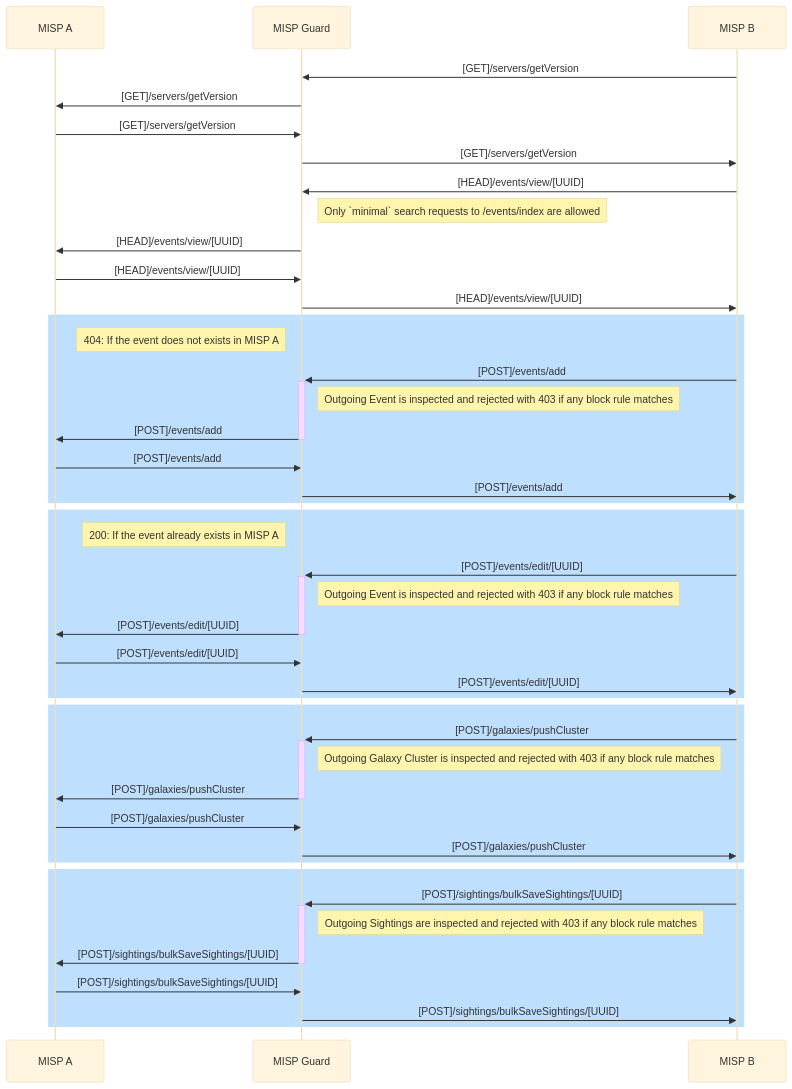
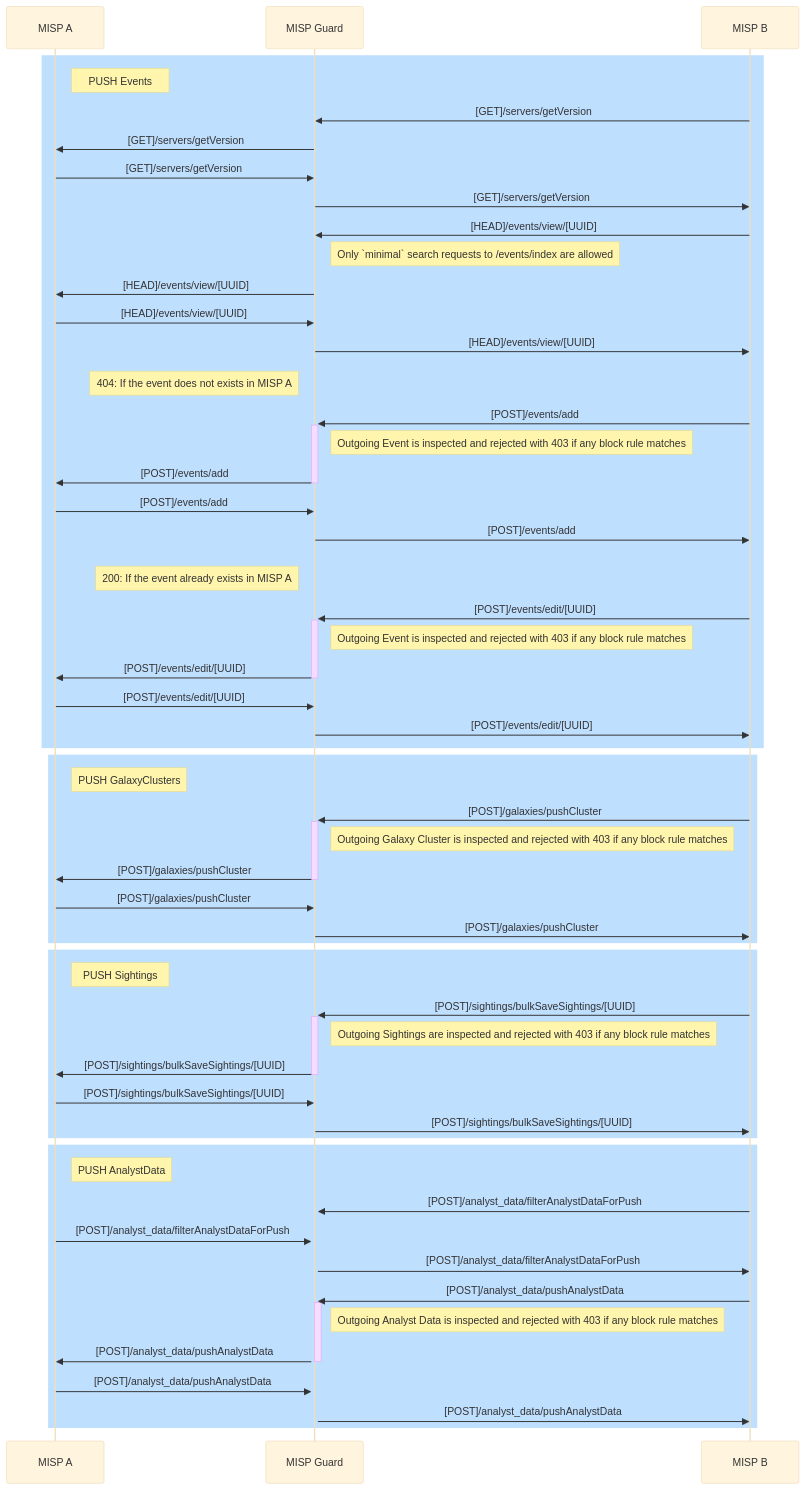
One commit to MISP/misp-guard changed the first of 2 diagrams in README.md. Above: the diagram before and after it, drawn with Mermaid (base theme). The commit also changed other lines of this file, not shown here.

Commit message:
update sequence diagram

````diff
--- a/README.md
+++ b/README.md
@@ -7,51 +7,70 @@
 ```mermaid
 sequenceDiagram
     participant MISP A 
     participant MISP Guard
     participant MISP B
+
+    rect rgb(191, 223, 255)
+    note right of MISP A: PUSH Events 
 
     MISP B->>MISP Guard: [GET]/servers/getVersion
     MISP Guard->>MISP A: [GET]/servers/getVersion
     MISP A->>MISP Guard: [GET]/servers/getVersion
     MISP Guard->>MISP B: [GET]/servers/getVersion
     
     MISP B->>MISP Guard: [HEAD]/events/view/[UUID]
     note right of MISP Guard: Only `minimal` search requests to /events/index are allowed
     MISP Guard->>MISP A: [HEAD]/events/view/[UUID]
     MISP A->>MISP Guard: [HEAD]/events/view/[UUID]
     MISP Guard->>MISP B: [HEAD]/events/view/[UUID]
     
     rect rgb(191, 223, 255)
     note left of MISP Guard: 404: If the event does not exists in MISP A
     MISP B->>+MISP Guard: [POST]/events/add
     note right of MISP Guard: Outgoing Event is inspected and rejected with 403 if any block rule matches
     MISP Guard->>-MISP A: [POST]/events/add
     MISP A->>MISP Guard: [POST]/events/add
     MISP Guard->>MISP B: [POST]/events/add
     end
 
     rect rgb(191, 223, 255)
     note left of MISP Guard: 200: If the event already exists in MISP A
     MISP B->>+MISP Guard: [POST]/events/edit/[UUID]
     note right of MISP Guard: Outgoing Event is inspected and rejected with 403 if any block rule matches
     MISP Guard->>-MISP A: [POST]/events/edit/[UUID]
     MISP A->>MISP Guard: [POST]/events/edit/[UUID]
     MISP Guard->>MISP B: [POST]/events/edit/[UUID]
     end
+    end 
 
     rect rgb(191, 223, 255)
+    note right of MISP A: PUSH GalaxyClusters
     MISP B->>+MISP Guard: [POST]/galaxies/pushCluster
     note right of MISP Guard: Outgoing Galaxy Cluster is inspected and rejected with 403 if any block rule matches
     MISP Guard->>-MISP A: [POST]/galaxies/pushCluster
     MISP A->>MISP Guard: [POST]/galaxies/pushCluster
     MISP Guard->>MISP B: [POST]/galaxies/pushCluster
     end
 
     rect rgb(191, 223, 255)
+    note right of MISP A: PUSH Sightings
     MISP B->>+MISP Guard: [POST]/sightings/bulkSaveSightings/[UUID]
     note right of MISP Guard: Outgoing Sightings are inspected and rejected with 403 if any block rule matches
     MISP Guard->>-MISP A: [POST]/sightings/bulkSaveSightings/[UUID]
     MISP A->>MISP Guard: [POST]/sightings/bulkSaveSightings/[UUID]
     MISP Guard->>MISP B: [POST]/sightings/bulkSaveSightings/[UUID]
     end
+    
+    rect rgb(191, 223, 255)
+    note right of MISP A: PUSH AnalystData
+    MISP B->>+MISP Guard: [POST]/analyst_data/filterAnalystDataForPush
+    MISP A->>MISP Guard: [POST]/analyst_data/filterAnalystDataForPush
+    MISP Guard->>MISP B: [POST]/analyst_data/filterAnalystDataForPush
+
+    MISP B->>+MISP Guard: [POST]/analyst_data/pushAnalystData
+    note right of MISP Guard: Outgoing Analyst Data is inspected and rejected with 403 if any block rule matches
+    MISP Guard->>-MISP A: [POST]/analyst_data/pushAnalystData
+    MISP A->>MISP Guard: [POST]/analyst_data/pushAnalystData
+    MISP Guard->>MISP B: [POST]/analyst_data/pushAnalystData
+    end
 ```
````
